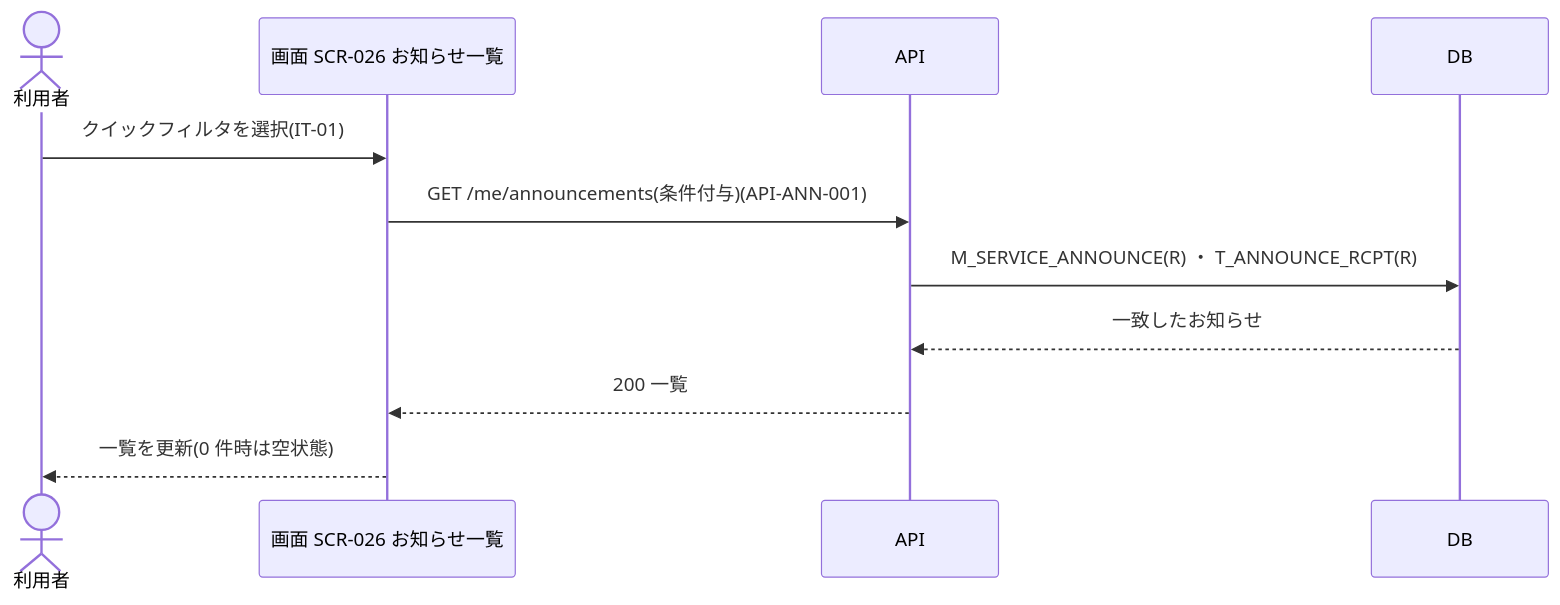
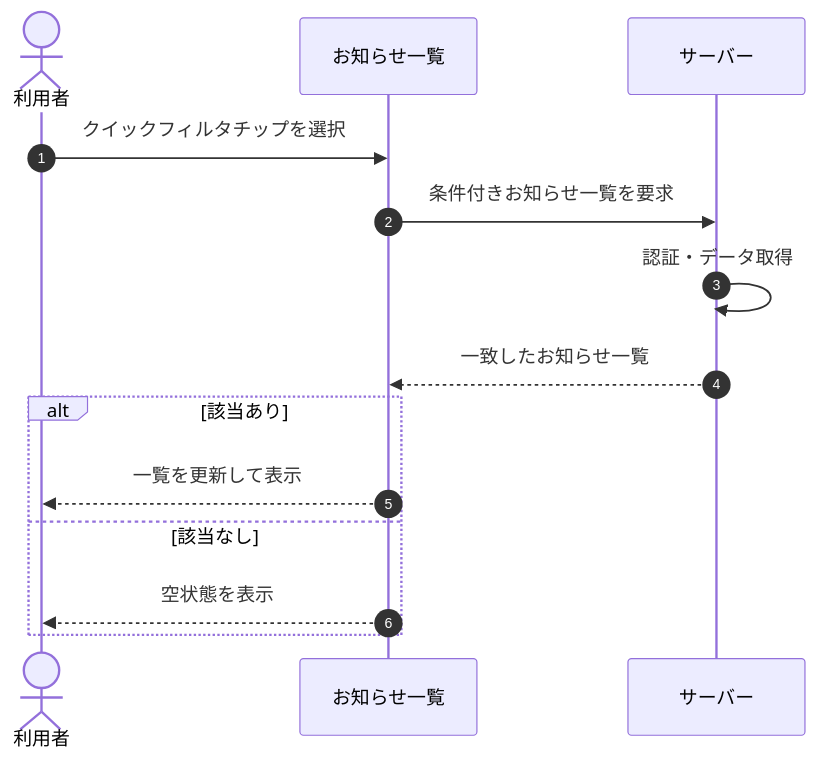
One commit to sikakou54/open-faq changed the diagram in 02_basic_design/05_sequences/SEQ-055.md. Above: the diagram before and after it, drawn with Mermaid. The commit also changed other lines of this file and 108 other files, not shown here.

First line of the commit message:
基本設計: シーケンス図を基本設計粒度(ユーザー/画面/サーバー)へ再編成

````diff
--- a/02_basic_design/05_sequences/SEQ-055.md
+++ b/02_basic_design/05_sequences/SEQ-055.md
@@ -25,13 +32,16 @@
 ```mermaid
 sequenceDiagram
+  autonumber
   actor U as 利用者
-  participant S as 画面 SCR-026 お知らせ一覧
-  participant API as API
-  participant DB as DB
-  U->>S: クイックフィルタを選択(IT-01)
-  S->>API: GET /me/announcements(条件付与)(API-ANN-001)
-  API->>DB: M_SERVICE_ANNOUNCE(R) ・ T_ANNOUNCE_RCPT(R)
-  DB-->>API: 一致したお知らせ
-  API-->>S: 200 一覧
-  S-->>U: 一覧を更新(0 件時は空状態)
+  participant Screen as お知らせ一覧
+  participant Server as サーバー
+  U->>Screen: クイックフィルタチップを選択
+  Screen->>Server: 条件付きお知らせ一覧を要求
+  Server->>Server: 認証・データ取得
+  Server-->>Screen: 一致したお知らせ一覧
+  alt 該当あり
+    Screen-->>U: 一覧を更新して表示
+  else 該当なし
+    Screen-->>U: 空状態を表示
+  end
 ```
````
